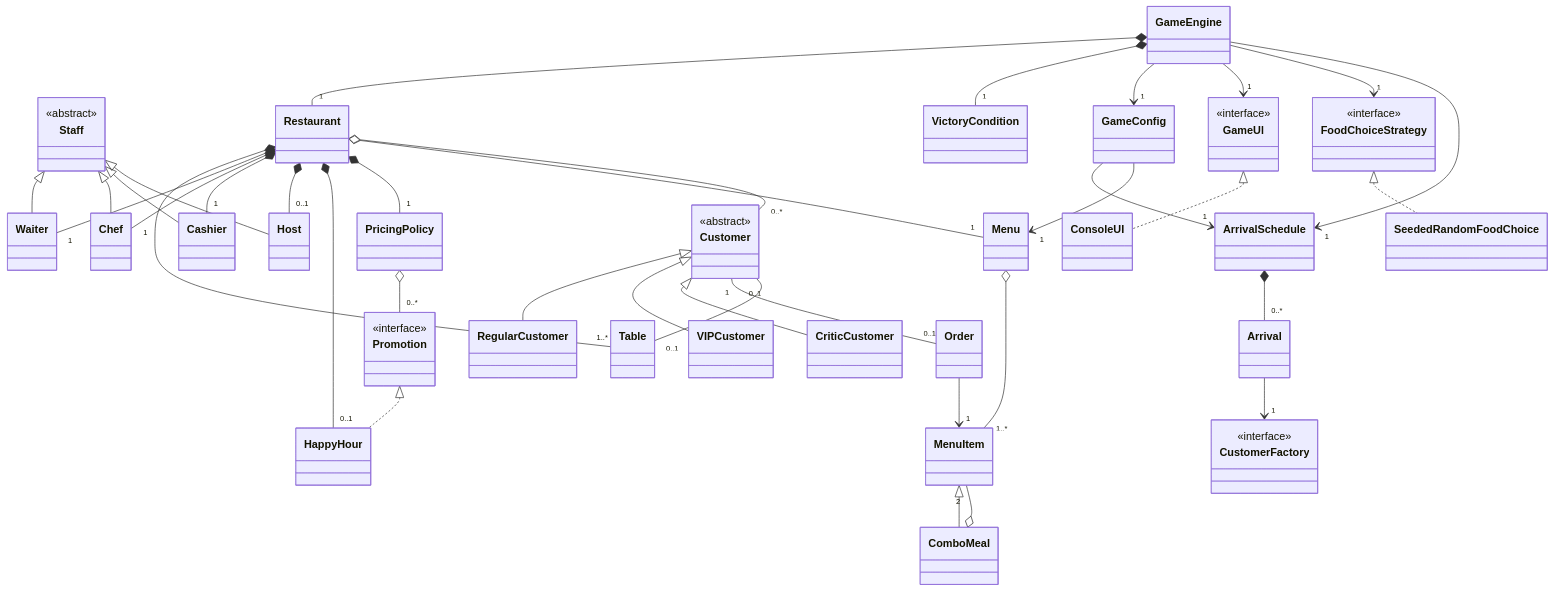
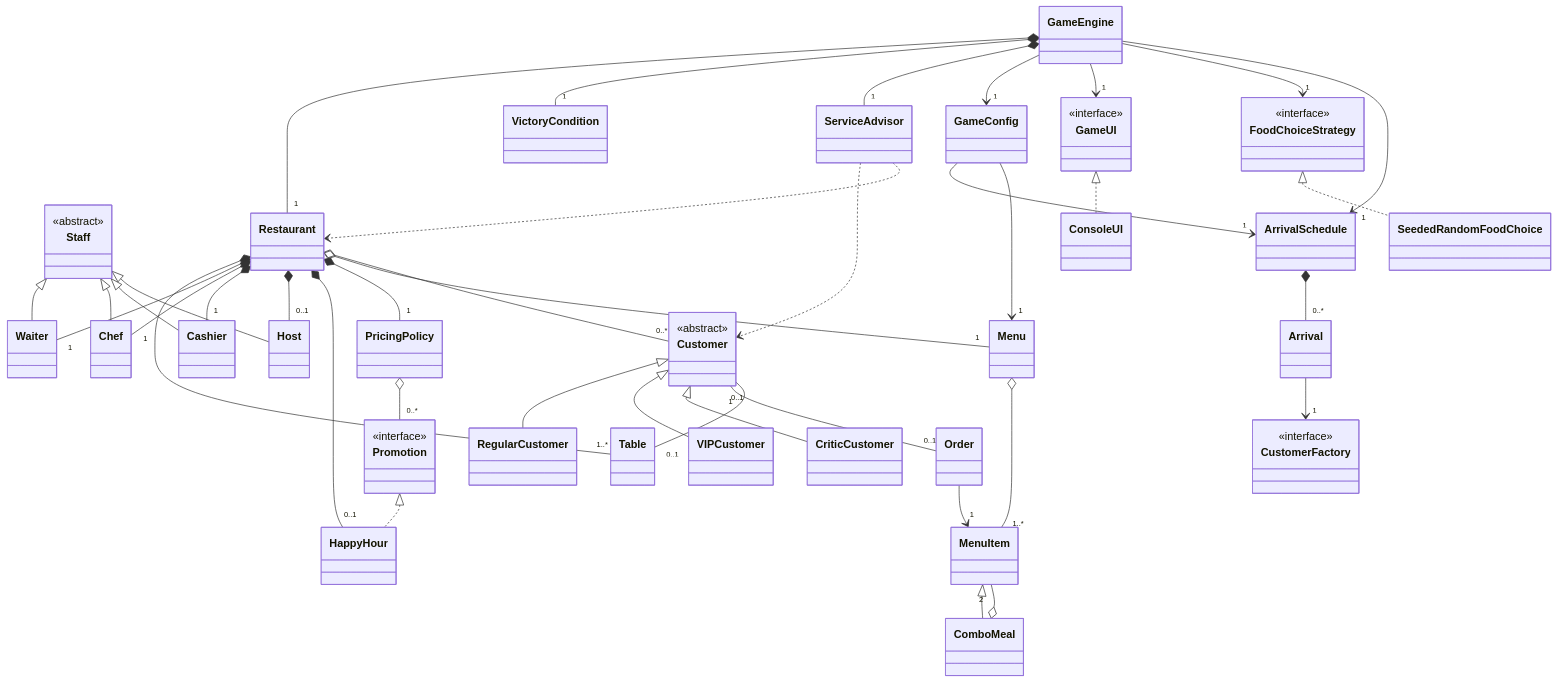
One commit to chelyn2008/Restaurant-game-SC2002 changed the diagram in CLASS-DIAGRAM.md. Above: the diagram before and after it, drawn with Mermaid. The commit also changed other lines of this file and 14 other files, not shown here.

````diff
--- a/CLASS-DIAGRAM.md
+++ b/CLASS-DIAGRAM.md
@@ -73,45 +75,48 @@
 ```mermaid
 classDiagram
     class Customer { <<abstract>> }
     class Staff { <<abstract>> }
     class GameUI { <<interface>> }
     class FoodChoiceStrategy { <<interface>> }
     class Promotion { <<interface>> }
     class CustomerFactory { <<interface>> }
     Customer <|-- RegularCustomer
     Customer <|-- VIPCustomer
     Customer <|-- CriticCustomer
     Staff <|-- Waiter
     Staff <|-- Chef
     Staff <|-- Cashier
     Staff <|-- Host
     MenuItem <|-- ComboMeal
     GameUI <|.. ConsoleUI
     FoodChoiceStrategy <|.. SeededRandomFoodChoice
     Promotion <|.. HappyHour
     Restaurant *-- "1..*" Table
     Restaurant *-- "1" Waiter
     Restaurant *-- "1" Chef
     Restaurant *-- "1" Cashier
     Restaurant *-- "0..1" Host
     Restaurant *-- "0..1" HappyHour
     Restaurant *-- "1" PricingPolicy
     Restaurant o-- "1" Menu
     Restaurant o-- "0..*" Customer
     Menu o-- "1..*" MenuItem
     ComboMeal o-- "2" MenuItem
     PricingPolicy o-- "0..*" Promotion
     Customer "1" -- "0..1" Order
     Order --> "1" MenuItem
     Customer "0..1" -- "0..1" Table
     GameEngine *-- "1" Restaurant
     GameEngine *-- "1" VictoryCondition
+    GameEngine *-- "1" ServiceAdvisor
+    ServiceAdvisor ..> Customer
+    ServiceAdvisor ..> Restaurant
     GameEngine --> "1" GameConfig
     GameEngine --> "1" GameUI
     GameEngine --> "1" FoodChoiceStrategy
     GameEngine --> "1" ArrivalSchedule
     GameConfig --> "1" ArrivalSchedule
     GameConfig --> "1" Menu
     ArrivalSchedule *-- "0..*" Arrival
     Arrival --> "1" CustomerFactory
 ```
````
